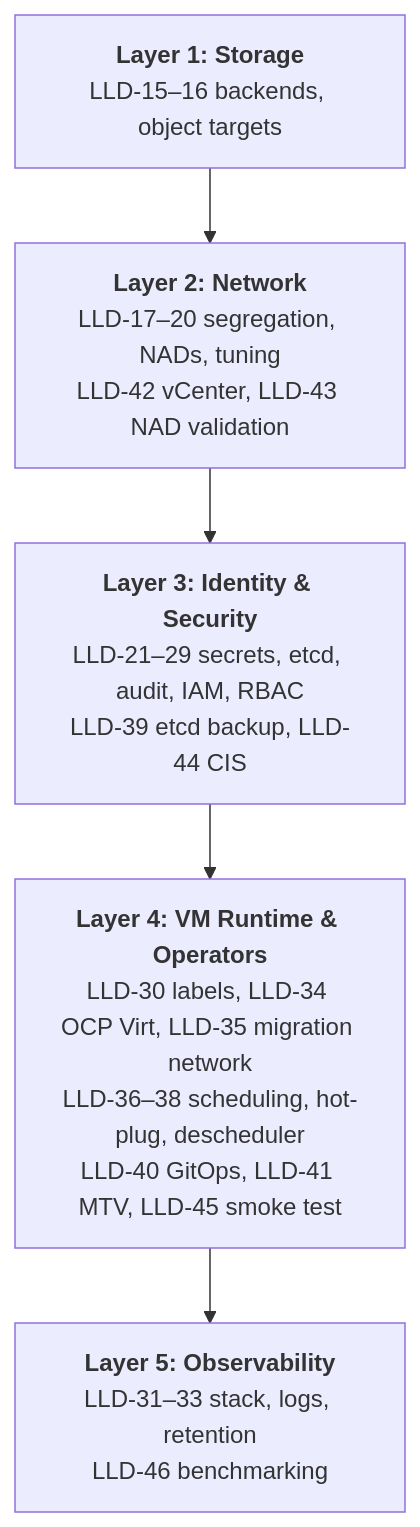
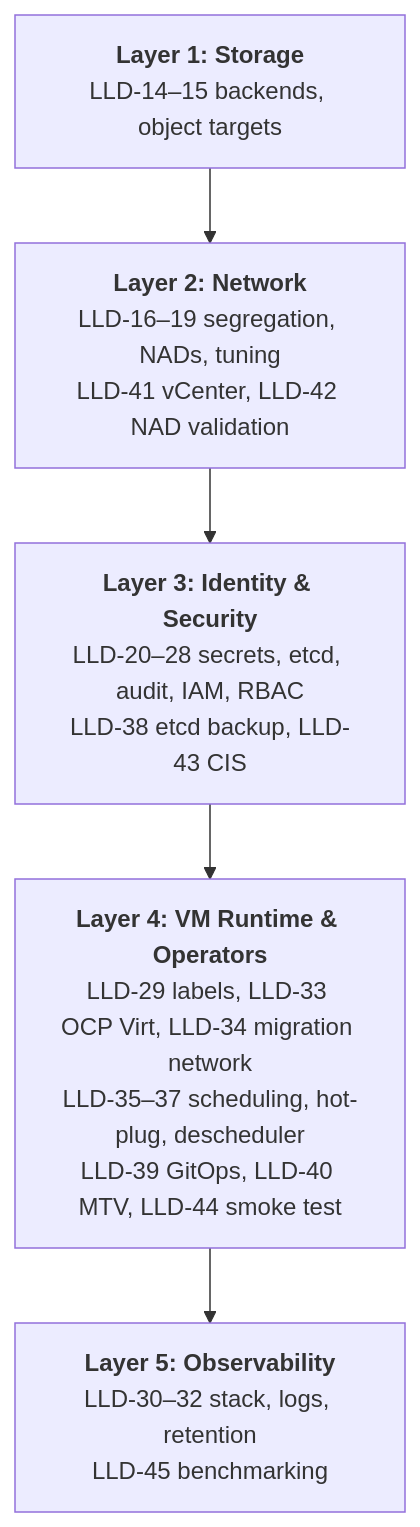
One commit to stratus-ss/arch-design-doc-generator changed the first of 2 diagrams in templates/LLD/Template_OCP-V_LLD_Phase2_Platform_Build.md. Above: the diagram before and after it, drawn with Mermaid. The commit also changed other lines of this file and 12 other files, not shown here.

````diff
--- a/templates/LLD/Template_OCP-V_LLD_Phase2_Platform_Build.md
+++ b/templates/LLD/Template_OCP-V_LLD_Phase2_Platform_Build.md
@@ -46,9 +46,9 @@
 ```mermaid
 flowchart TB
-    L1["<b>Layer 1: Storage</b><br/>LLD-15–16 backends, object targets"]
-    L2["<b>Layer 2: Network</b><br/>LLD-17–20 segregation, NADs, tuning<br/>LLD-42 vCenter, LLD-43 NAD validation"]
-    L3["<b>Layer 3: Identity & Security</b><br/>LLD-21–29 secrets, etcd, audit, IAM, RBAC<br/>LLD-39 etcd backup, LLD-44 CIS"]
-    L4["<b>Layer 4: VM Runtime & Operators</b><br/>LLD-30 labels, LLD-34 OCP Virt, LLD-35 migration network<br/>LLD-36–38 scheduling, hot-plug, descheduler<br/>LLD-40 GitOps, LLD-41 MTV, LLD-45 smoke test"]
-    L5["<b>Layer 5: Observability</b><br/>LLD-31–33 stack, logs, retention<br/>LLD-46 benchmarking"]
+    L1["<b>Layer 1: Storage</b><br/>LLD-14–15 backends, object targets"]
+    L2["<b>Layer 2: Network</b><br/>LLD-16–19 segregation, NADs, tuning<br/>LLD-41 vCenter, LLD-42 NAD validation"]
+    L3["<b>Layer 3: Identity & Security</b><br/>LLD-20–28 secrets, etcd, audit, IAM, RBAC<br/>LLD-38 etcd backup, LLD-43 CIS"]
+    L4["<b>Layer 4: VM Runtime & Operators</b><br/>LLD-29 labels, LLD-33 OCP Virt, LLD-34 migration network<br/>LLD-35–37 scheduling, hot-plug, descheduler<br/>LLD-39 GitOps, LLD-40 MTV, LLD-44 smoke test"]
+    L5["<b>Layer 5: Observability</b><br/>LLD-30–32 stack, logs, retention<br/>LLD-45 benchmarking"]
     L1 --> L2 --> L3 --> L4 --> L5
 ```
````
